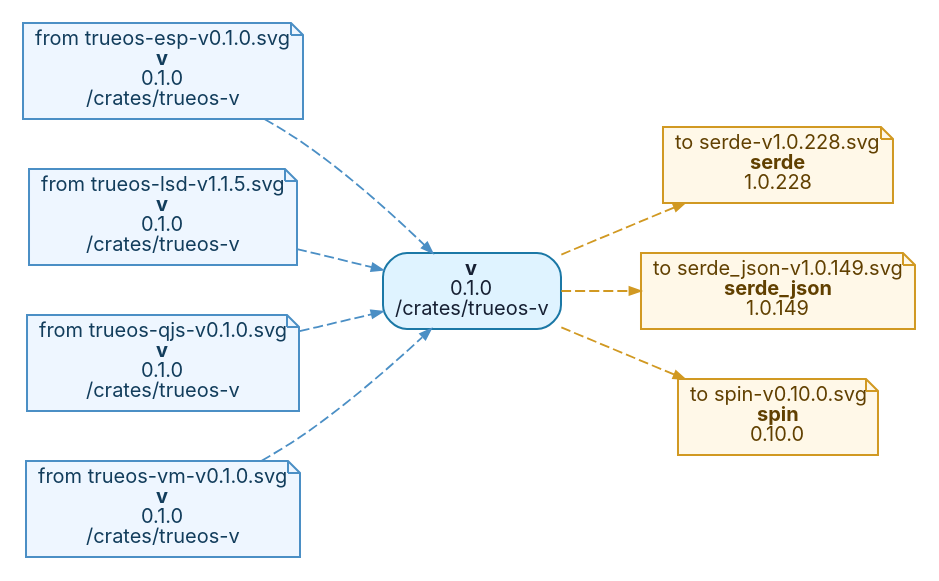
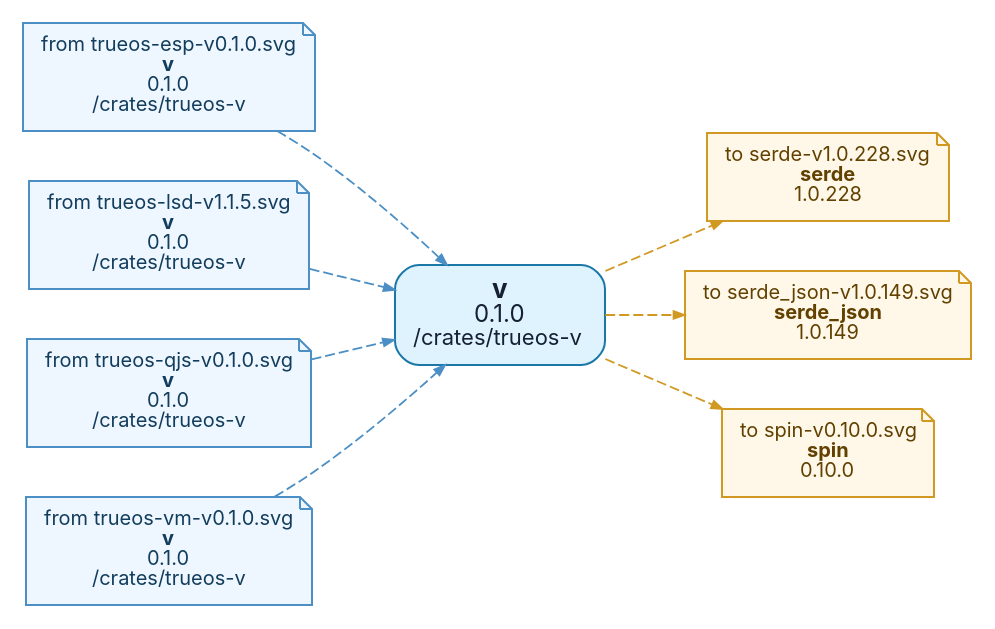
Before and after one commit to t4ce/TRUEOS: the diagram in tools/depgraph/by-root/v-v0.1.0.dot, drawn with Graphviz. The commit also changed 162 other files, not shown here.

```diff
--- a/tools/depgraph/by-root/v-v0.1.0.dot
+++ b/tools/depgraph/by-root/v-v0.1.0.dot
@@ -1,22 +1,22 @@
 digraph "v-v0.1.0" {
   graph [rankdir=LR, bgcolor="white", overlap=false, splines=true, nodesep=0.35, ranksep=0.55];
-  node [shape=box, style="rounded,filled", fontname="Inter,Arial", fontsize=10, margin="0.08,0.05", color="#8b9bb0", fillcolor="#f7f9fb", fontcolor="#172033"];
+  node [shape=box, style="rounded,filled", fontname="Inter,Arial", fontsize=10, margin="0.13,0.10", color="#8b9bb0", fillcolor="#f7f9fb", fontcolor="#172033"];
   edge [color="#9aa8b8", arrowsize=0.55, penwidth=0.9];
-  n0 [label=<<B>v</B><BR/>0.1.0<BR/>/crates/trueos-v>, fillcolor="#dff3ff", color="#1b78a6"];
+  n0 [label=<<FONT POINT-SIZE="13"><B>v</B></FONT><BR/><FONT POINT-SIZE="12">0.1.0</FONT><BR/><FONT POINT-SIZE="11">/crates/trueos-v</FONT>>, fillcolor="#dff3ff", color="#1b78a6"];
   out0 [label=<to serde-v1.0.228.svg<BR/><B>serde</B><BR/>1.0.228>, shape=note, style="filled", fillcolor="#fff8e8", color="#d19922", fontcolor="#614000"];
   n0 -> out0 [style=dashed, color="#d19922"];
   out1 [label=<to serde_json-v1.0.149.svg<BR/><B>serde_json</B><BR/>1.0.149>, shape=note, style="filled", fillcolor="#fff8e8", color="#d19922", fontcolor="#614000"];
   n0 -> out1 [style=dashed, color="#d19922"];
   out2 [label=<to spin-v0.10.0.svg<BR/><B>spin</B><BR/>0.10.0>, shape=note, style="filled", fillcolor="#fff8e8", color="#d19922", fontcolor="#614000"];
   n0 -> out2 [style=dashed, color="#d19922"];
   in3 [label=<from trueos-esp-v0.1.0.svg<BR/><B>v</B><BR/>0.1.0<BR/>/crates/trueos-v>, shape=note, style="filled", fillcolor="#eef6ff", color="#4b8fc5", fontcolor="#123d5c"];
   in3 -> n0 [style=dashed, color="#4b8fc5"];
   in4 [label=<from trueos-lsd-v1.1.5.svg<BR/><B>v</B><BR/>0.1.0<BR/>/crates/trueos-v>, shape=note, style="filled", fillcolor="#eef6ff", color="#4b8fc5", fontcolor="#123d5c"];
   in4 -> n0 [style=dashed, color="#4b8fc5"];
   in5 [label=<from trueos-qjs-v0.1.0.svg<BR/><B>v</B><BR/>0.1.0<BR/>/crates/trueos-v>, shape=note, style="filled", fillcolor="#eef6ff", color="#4b8fc5", fontcolor="#123d5c"];
   in5 -> n0 [style=dashed, color="#4b8fc5"];
   in6 [label=<from trueos-vm-v0.1.0.svg<BR/><B>v</B><BR/>0.1.0<BR/>/crates/trueos-v>, shape=note, style="filled", fillcolor="#eef6ff", color="#4b8fc5", fontcolor="#123d5c"];
   in6 -> n0 [style=dashed, color="#4b8fc5"];
   // collapsed leaf ends: 0
   // centered two-input leaves: 0
 }
```
